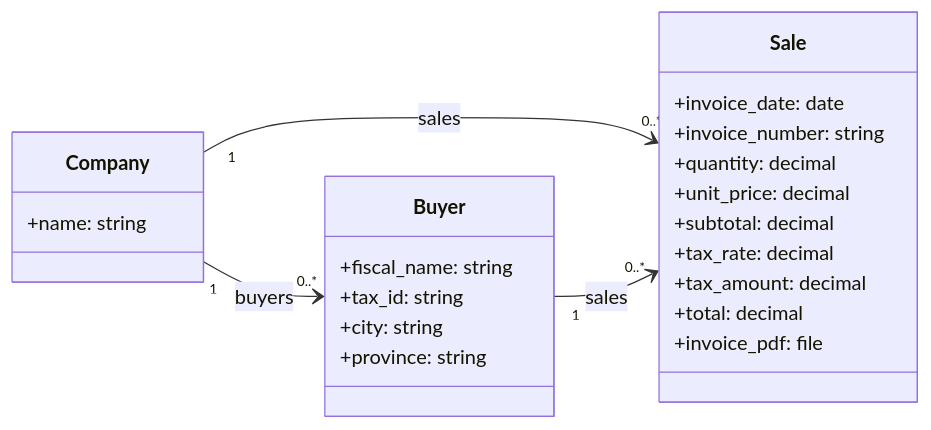
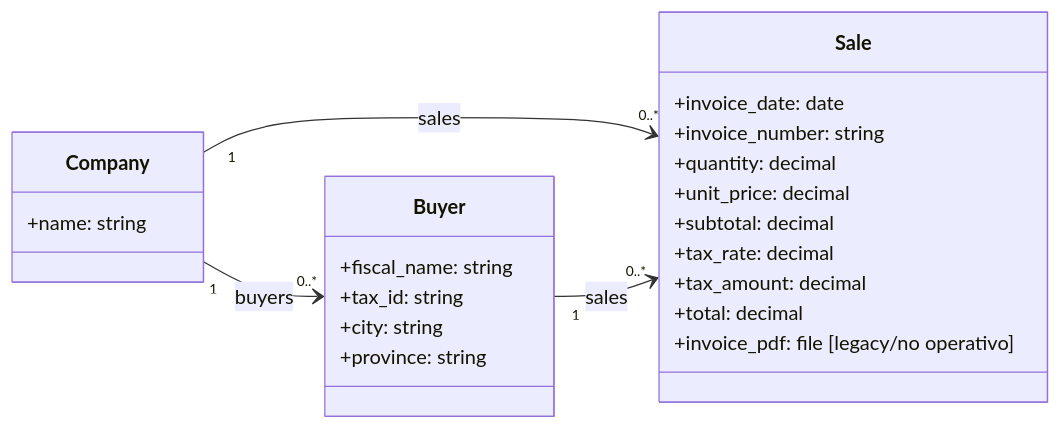
Before and after one commit to guillegomezz8/GreenPath_Backend: the fifth of 5 diagrams in docs/UML_BD.md, drawn with Mermaid. The commit also changed other lines of this file and 15 other files, not shown here.

````diff
--- a/docs/UML_BD.md
+++ b/docs/UML_BD.md
@@ -445,31 +445,31 @@
 ```mermaid
 classDiagram
 direction LR
 
 class Company {
   +name: string
 }
 
 class Buyer {
   +fiscal_name: string
   +tax_id: string
   +city: string
   +province: string
 }
 
 class Sale {
   +invoice_date: date
   +invoice_number: string
   +quantity: decimal
   +unit_price: decimal
   +subtotal: decimal
   +tax_rate: decimal
   +tax_amount: decimal
   +total: decimal
-  +invoice_pdf: file
+  +invoice_pdf: file [legacy/no operativo]
 }
 
 Company "1" --> "0..*" Buyer : buyers
 Company "1" --> "0..*" Sale : sales
 Buyer "1" --> "0..*" Sale : sales
 ```
````
